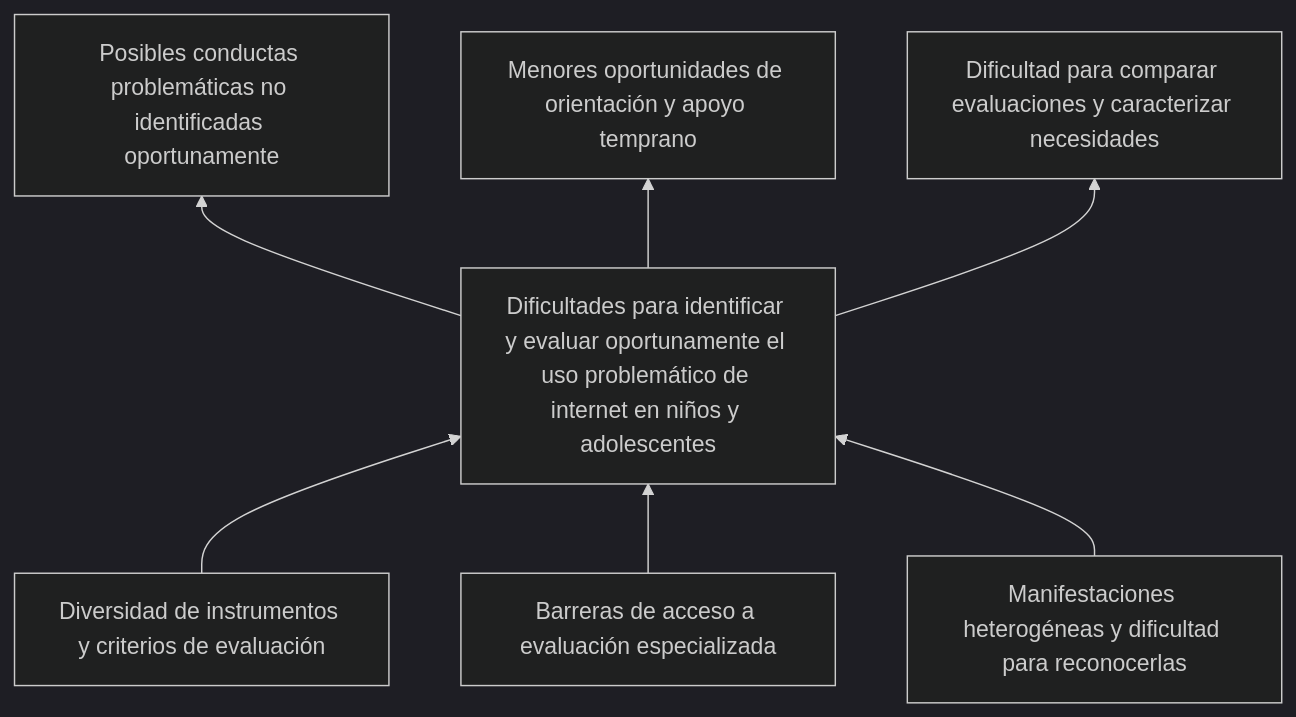
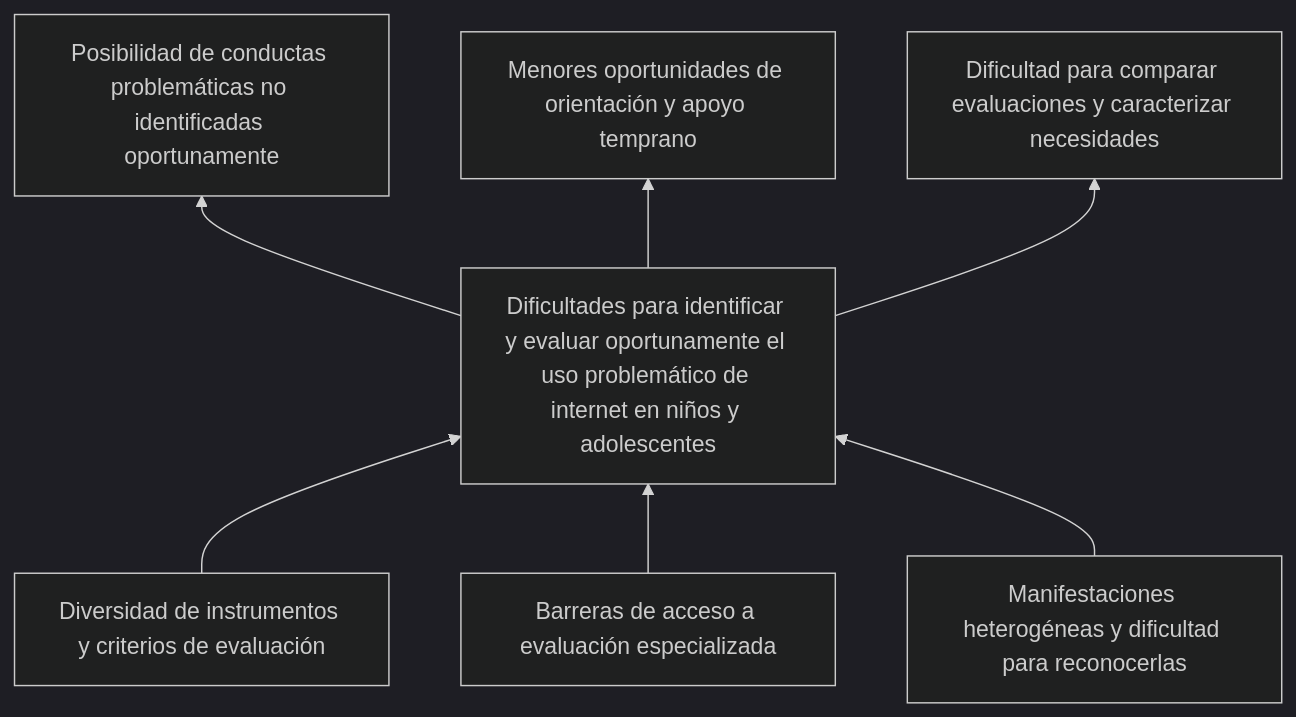
The diagram in README.md (ChrisCuello/Prediccion-Uso-Problematico-Internet-MIAA-2026-2), drawn with Mermaid (dark theme) before and after one commit. The commit also changed other lines of this file, not shown here.

````diff
--- a/README.md
+++ b/README.md
@@ -50,9 +28,9 @@
 ```mermaid
 flowchart BT
-  A["Diversidad de instrumentos y criterios de evaluación"] --> P["Dificultades para identificar y evaluar oportunamente el uso problemático de internet en niños y adolescentes"]
-  B["Barreras de acceso a evaluación especializada"] --> P
-  C["Manifestaciones heterogéneas y dificultad para reconocerlas"] --> P
-  P --> E1["Posibles conductas problemáticas no identificadas oportunamente"]
-  P --> E2["Menores oportunidades de orientación y apoyo temprano"]
-  P --> E3["Dificultad para comparar evaluaciones y caracterizar necesidades"]
+    A["Diversidad de instrumentos y criterios de evaluación"] --> P["Dificultades para identificar y evaluar oportunamente el uso problemático de internet en niños y adolescentes"]
+    B["Barreras de acceso a evaluación especializada"] --> P
+    C["Manifestaciones heterogéneas y dificultad para reconocerlas"] --> P
+    P --> E1["Posibilidad de conductas problemáticas no identificadas oportunamente"]
+    P --> E2["Menores oportunidades de orientación y apoyo temprano"]
+    P --> E3["Dificultad para comparar evaluaciones y caracterizar necesidades"]
 ```
````
